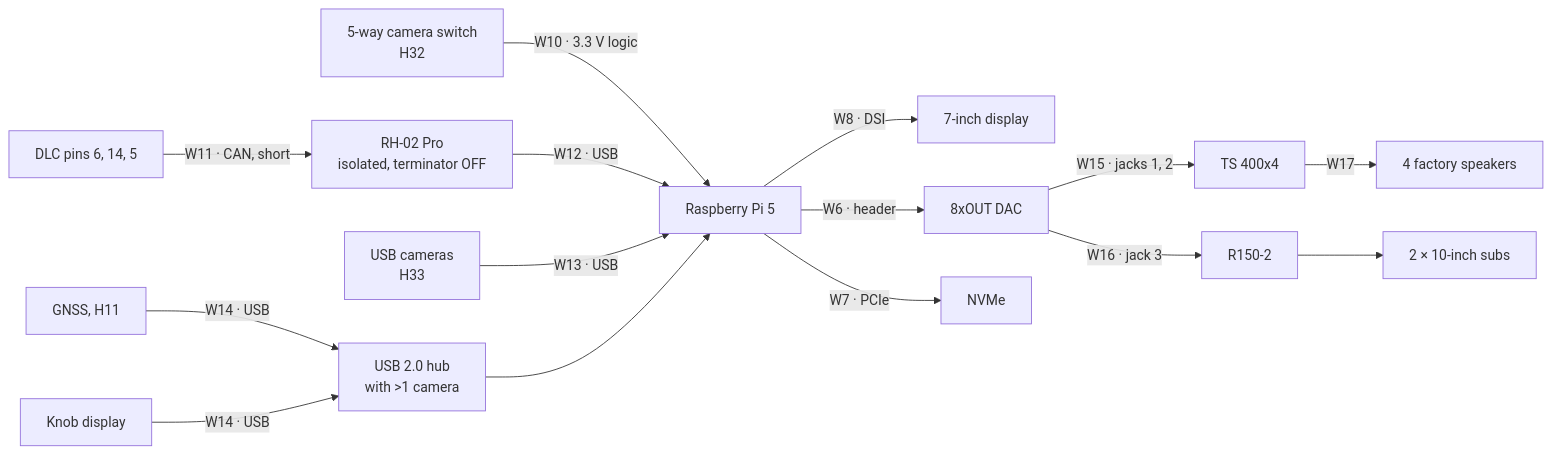
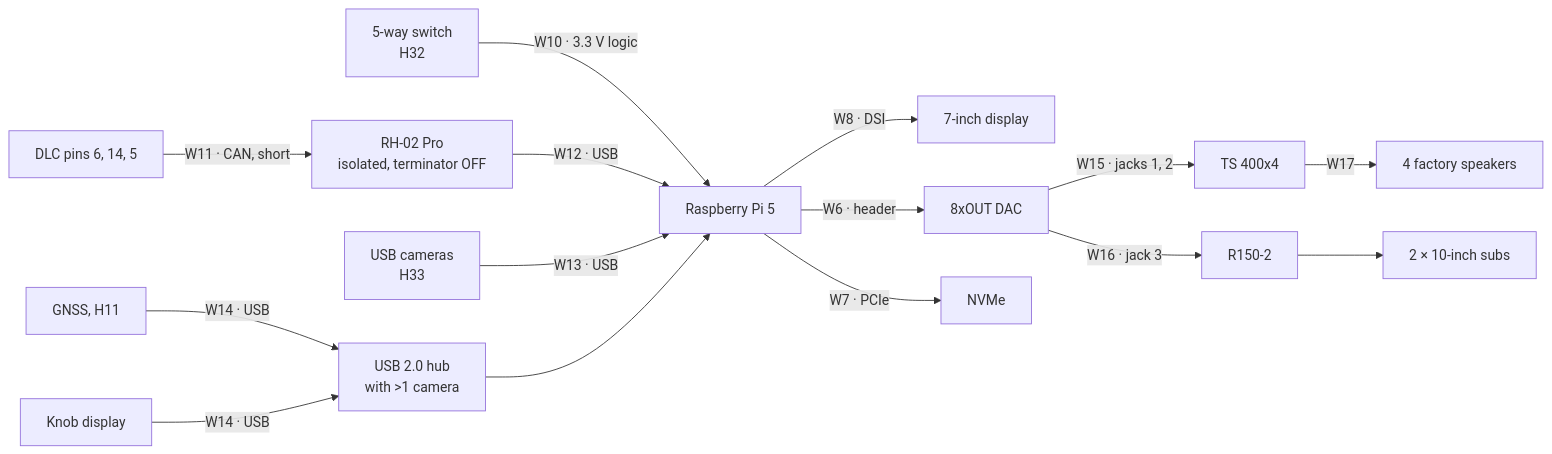
The second of 2 diagrams in docs/wiring/system-overview.md (darickc/TruckDashboard), drawn with Mermaid before and after one commit. The commit also changed other lines of this file and 69 other files, not shown here.

First line of the commit message:
feat(switch): 5-way switch for media and calls, cameras on hold, directions learned in Settings [SIM]

````diff
--- a/docs/wiring/system-overview.md
+++ b/docs/wiring/system-overview.md
@@ -40,17 +40,17 @@
 ```mermaid
 flowchart LR
   DLC[DLC pins 6, 14, 5] -- W11 · CAN, short --> CANA[RH-02 Pro<br/>isolated, terminator OFF]
-  SW[5-way camera switch<br/>H32] -- W10 · 3.3 V logic --> PI
+  SW[5-way switch<br/>H32] -- W10 · 3.3 V logic --> PI
   CANA -- W12 · USB --> PI[Raspberry Pi 5]
   CAMS[USB cameras<br/>H33] -- W13 · USB --> PI
   GPS[GNSS, H11] -- W14 · USB --> HUB[USB 2.0 hub<br/>with >1 camera]
   KNOB[Knob display] -- W14 · USB --> HUB
   HUB --> PI
   PI -- W8 · DSI --> DISP[7-inch display]
   PI -- W6 · header --> DAC[8xOUT DAC]
   PI -- W7 · PCIe --> NVME[NVMe]
   DAC -- W15 · jacks 1, 2 --> AMP4[TS 400x4]
   DAC -- W16 · jack 3 --> R150[R150-2]
   AMP4 -- W17 --> SPK[4 factory speakers]
   R150 --> SUBS[2 × 10-inch subs]
 ```
````
